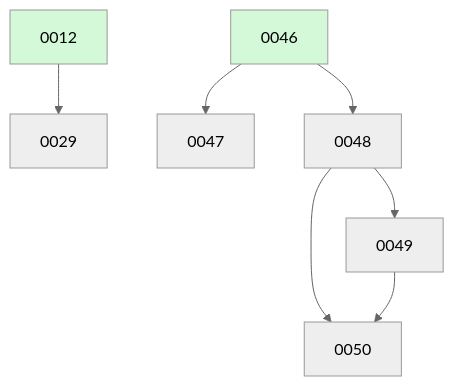
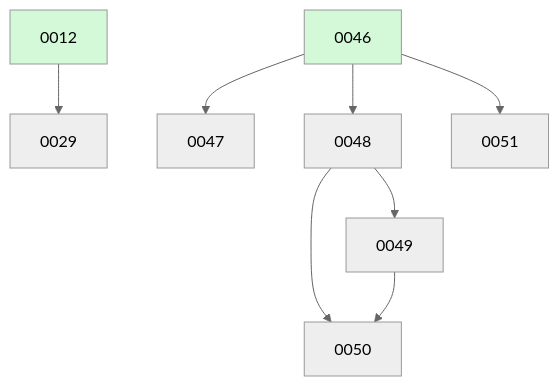
One commit to ethanhinson/fuse changed the diagram in docs/changes/BOARD.md. Above: the diagram before and after it, drawn with Mermaid (neutral theme). The commit also changed other lines of this file, not shown here.

````diff
--- a/docs/changes/BOARD.md
+++ b/docs/changes/BOARD.md
@@ -20,12 +21,13 @@
 ```mermaid
 graph TD
   0012 --> 0029
   0046 --> 0047
   0046 --> 0048
   0048 --> 0049
   0048 --> 0050
   0049 --> 0050
+  0046 --> 0051
   0012:::done
   0046:::done
   classDef done fill:#d3f9d8;
 ```
````
